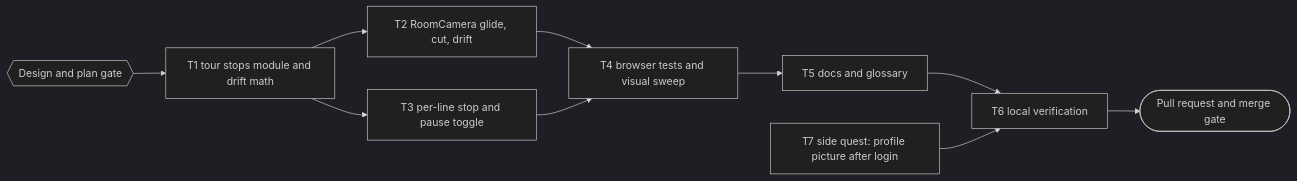
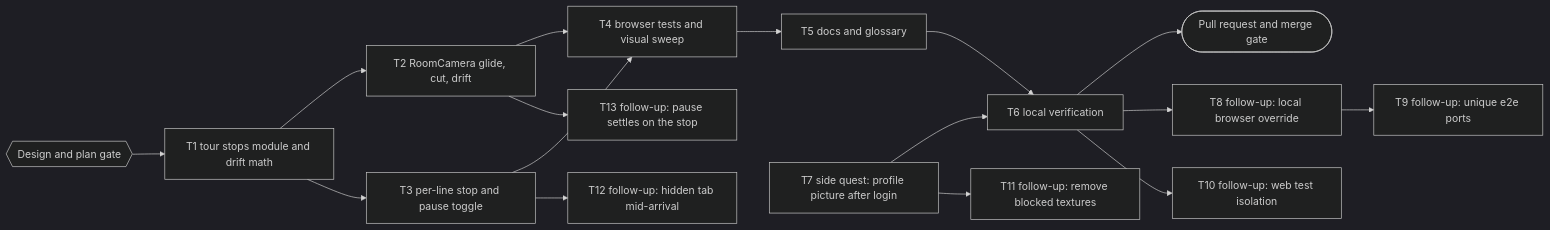
Before and after one commit to belajarcarabelajar/time-capsule: the first of 2 diagrams in docs/code-plan/plans/2026-10-21-auto-tour.md, drawn with Mermaid (dark theme). The commit also changed other lines of this file, not shown here.

Commit message:
docs: add the debt-sweep follow-up tasks T8 to T13 to the auto-tour plan

````diff
--- a/docs/code-plan/plans/2026-10-21-auto-tour.md
+++ b/docs/code-plan/plans/2026-10-21-auto-tour.md
@@ -170,14 +241,20 @@
 ```mermaid
 flowchart LR
     accTitle: Auto-tour implementation plan
     accDescr: The pure tour stops module unblocks the camera task and the environment state task in parallel; browser tests, docs, and local verification follow before the pull request.
     G0{{"Design and plan gate"}} --> T1["T1 tour stops module and drift math"]
     T1 --> T2["T2 RoomCamera glide, cut, drift"]
     T1 --> T3["T3 per-line stop and pause toggle"]
     T2 --> T4["T4 browser tests and visual sweep"]
     T3 --> T4
     T4 --> T5["T5 docs and glossary"]
     T5 --> T6["T6 local verification"]
     T7["T7 side quest: profile picture after login"] --> T6
     T6 --> PR(["Pull request and merge gate"])
+    T6 --> T8["T8 follow-up: local browser override"]
+    T8 --> T9["T9 follow-up: unique e2e ports"]
+    T6 --> T10["T10 follow-up: web test isolation"]
+    T7 --> T11["T11 follow-up: remove blocked textures"]
+    T3 --> T12["T12 follow-up: hidden tab mid-arrival"]
+    T2 --> T13["T13 follow-up: pause settles on the stop"]
 ```
````
